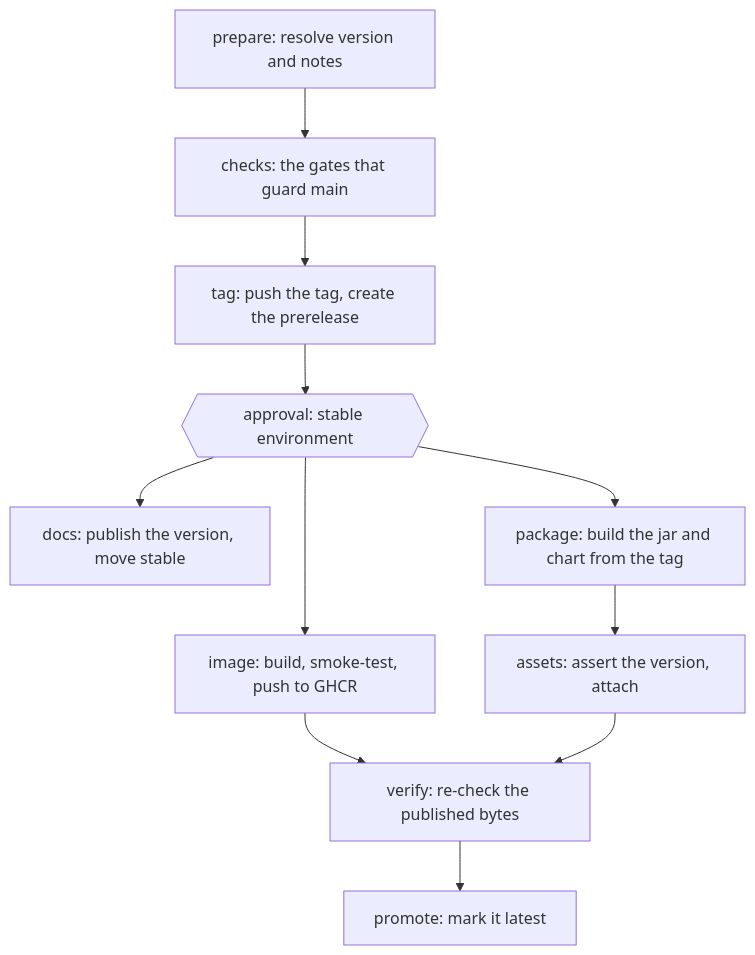
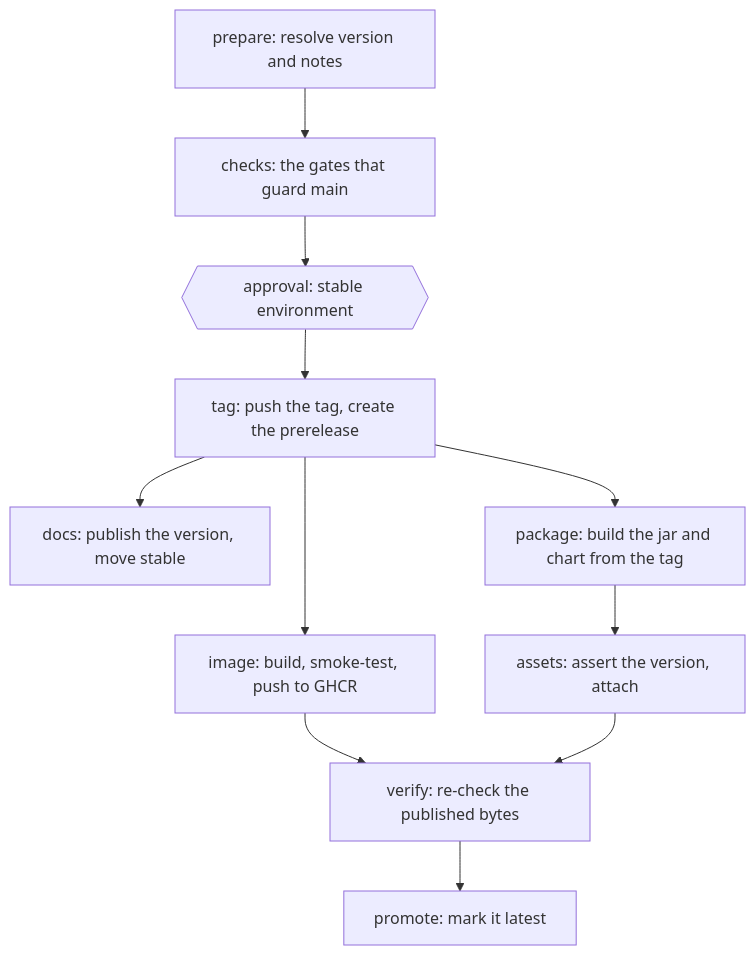
One commit to skillsgateway/skillsgateway changed the diagram in docs/manual/guides/releasing.md. Above: the diagram before and after it, drawn with Mermaid. The commit also changed other lines of this file and 9 other files, not shown here.

First line of the commit message:
fix(release): gate the tag behind the approval (#245)

````diff
--- a/docs/manual/guides/releasing.md
+++ b/docs/manual/guides/releasing.md
@@ -114,13 +114,13 @@
 ```mermaid
 flowchart TD
     prepare[prepare: resolve version and notes] --> checks[checks: the gates that guard main]
-    checks --> tag[tag: push the tag, create the prerelease]
-    tag --> approve{{approval: stable environment}}
-    approve --> image[image: build, smoke-test, push to GHCR]
-    approve --> docs[docs: publish the version, move stable]
-    approve --> package[package: build the jar and chart from the tag]
+    checks --> approve{{approval: stable environment}}
+    approve --> tag[tag: push the tag, create the prerelease]
+    tag --> image[image: build, smoke-test, push to GHCR]
+    tag --> docs[docs: publish the version, move stable]
+    tag --> package[package: build the jar and chart from the tag]
     package --> assets[assets: assert the version, attach]
     image --> verify[verify: re-check the published bytes]
     assets --> verify
     verify --> promote[promote: mark it latest]
 ```
````
